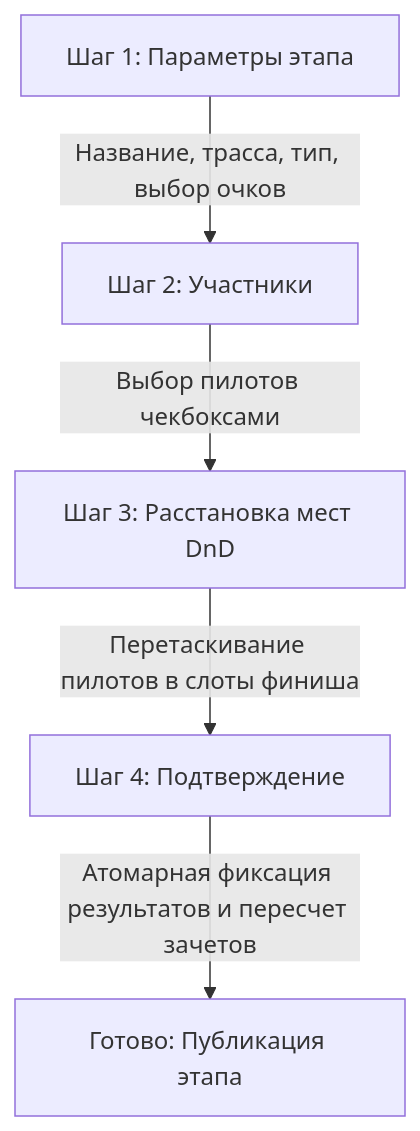
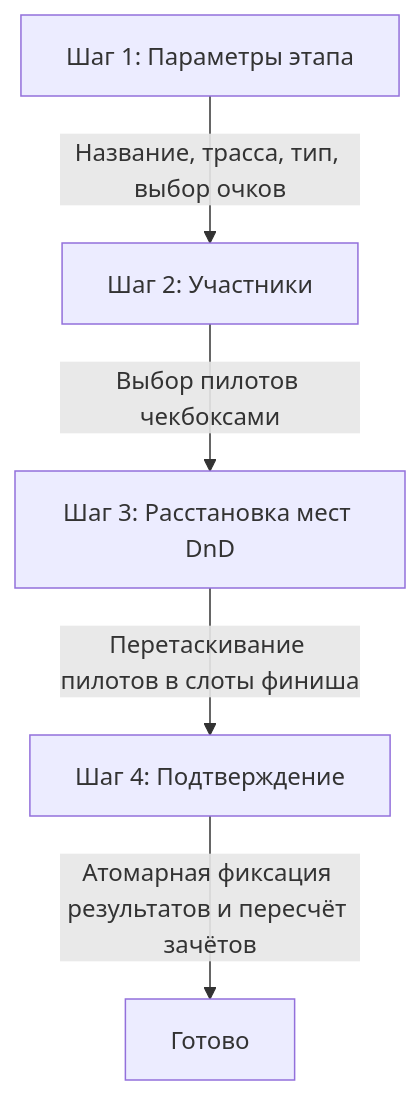
Before and after one commit to lyoshme/lme-race-control: the second of 2 diagrams in project.md, drawn with Mermaid. The commit also changed other lines of this file and 15 other files, not shown here.

````diff
--- a/project.md
+++ b/project.md
@@ -236,7 +264,7 @@
 ```mermaid
 flowchart TD
     A[Шаг 1: Параметры этапа] -->|Название, трасса, тип, выбор очков| B[Шаг 2: Участники]
     B -->|Выбор пилотов чекбоксами| C[Шаг 3: Расстановка мест DnD]
     C -->|Перетаскивание пилотов в слоты финиша| D[Шаг 4: Подтверждение]
-    D -->|Атомарная фиксация результатов и пересчет зачетов| E[Готово: Публикация этапа]
+    D -->|Атомарная фиксация результатов и пересчёт зачётов| E[Готово]
 ```
````
